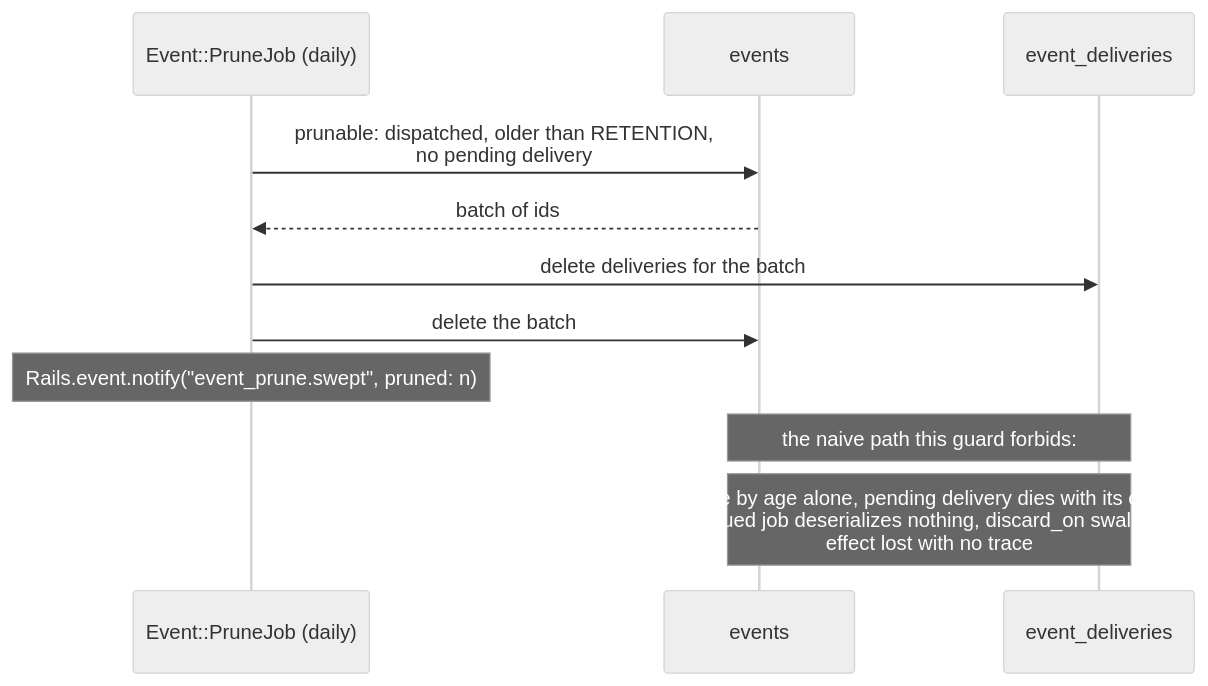
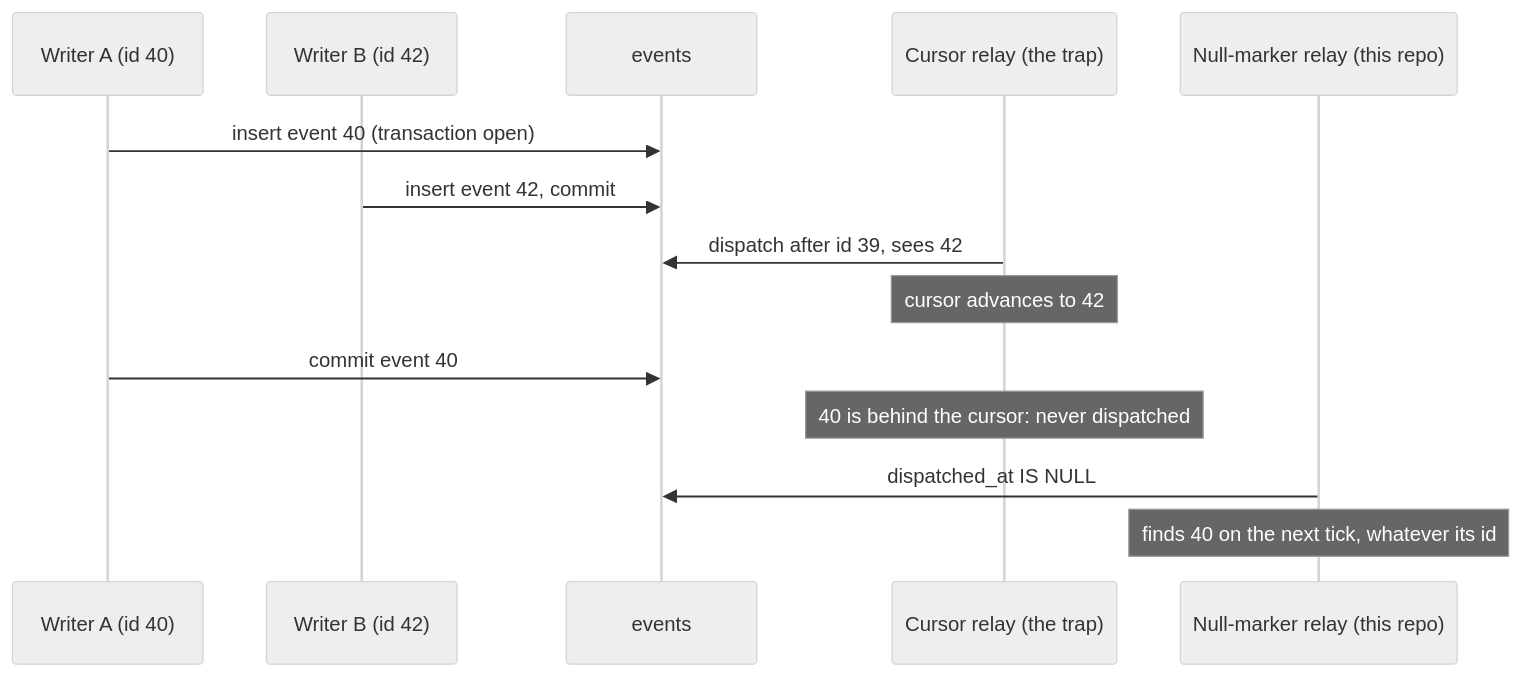
Before and after one commit to wcalderipe/rails-vanilla-domain-events: the diagram in README.md, drawn with Mermaid (neutral theme). The commit also changed other lines of this file, not shown here.

````diff
--- a/README.md
+++ b/README.md
@@ -58,15 +50,17 @@
 ```mermaid
 sequenceDiagram
-  participant P as Event::PruneJob (daily)
-  participant E as events
-  participant D as event_deliveries
+  participant A as Writer A (id 40)
+  participant B as Writer B (id 42)
+  participant DB as events
+  participant C as Cursor relay (the trap)
+  participant N as Null-marker relay (this repo)
 
-  P->>E: prunable: dispatched, older than RETENTION,<br/>no pending delivery
-  E-->>P: batch of ids
-  P->>D: delete deliveries for the batch
-  P->>E: delete the batch
-  note over P: Rails.event.notify("event_prune.swept", pruned: n)
-
-  note over E,D: the naive path this guard forbids:
-  note over E,D: delete by age alone, pending delivery dies with its event,<br/>enqueued job deserializes nothing, discard_on swallows it,<br/>effect lost with no trace
+  A->>DB: insert event 40 (transaction open)
+  B->>DB: insert event 42, commit
+  C->>DB: dispatch after id 39, sees 42
+  note over C: cursor advances to 42
+  A->>DB: commit event 40
+  note over C: 40 is behind the cursor: never dispatched
+  N->>DB: dispatched_at IS NULL
+  note over N: finds 40 on the next tick, whatever its id
 ```
````
